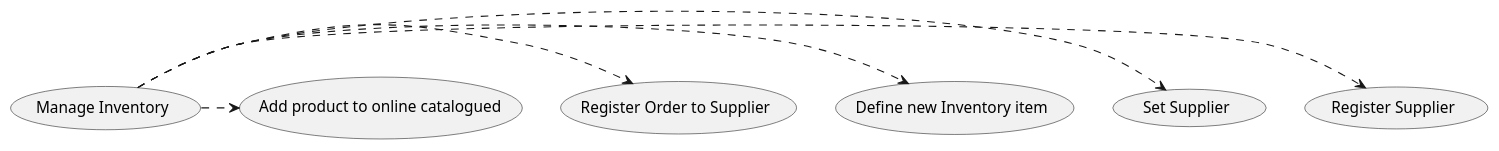
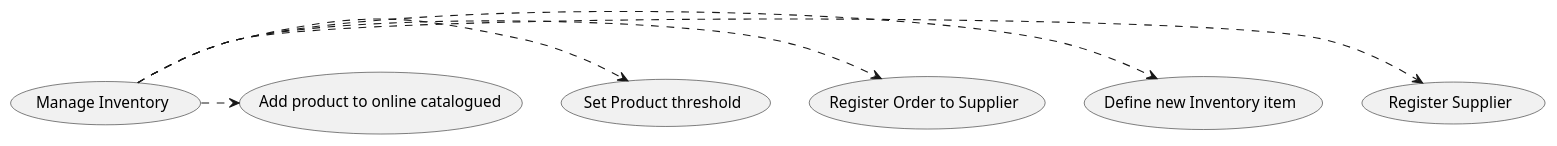
Before and after one commit to paolotron/EzshoProject31: the fourth of 7 diagrams in Deliverables/RequirementsDocument.md, drawn with PlantUML.

````diff
--- a/Deliverables/RequirementsDocument.md
+++ b/Deliverables/RequirementsDocument.md
@@ -250,9 +250,9 @@
 ```plantuml
 @startuml
 (Manage Inventory) .> (Register Supplier)
-(Manage Inventory) .> (Set Supplier)
 (Manage Inventory) .> (Define new Inventory item)
 (Manage Inventory) .> (Register Order to Supplier)
+(Manage Inventory) .> (Set Product threshold)
 (Manage Inventory) .> (Add product to online catalogued)
 @enduml
 ```
````
